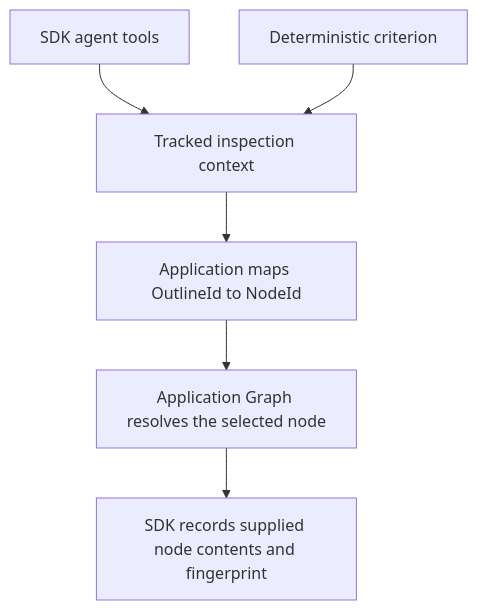
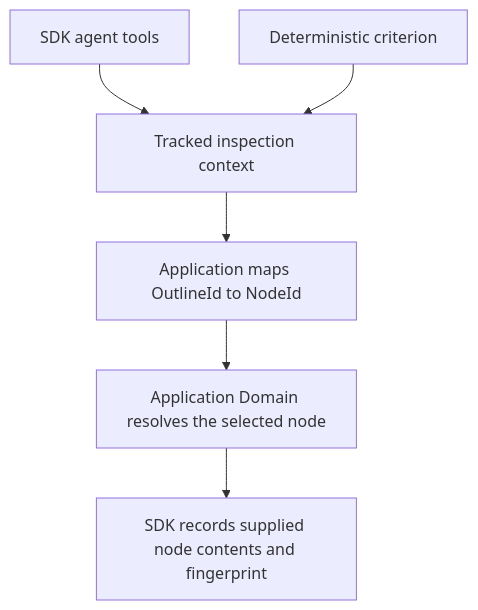
One commit to nikomatsakis/habeas-codicem changed the second of 2 diagrams in md/requirements/sdk/sources.md. Above: the diagram before and after it, drawn with Mermaid. The commit also changed other lines of this file and 11 other files, not shown here.

First line of the commit message:
Consolidate application data contracts into Domain

````diff
--- a/md/requirements/sdk/sources.md
+++ b/md/requirements/sdk/sources.md
@@ -310,8 +310,8 @@
 ```mermaid
 flowchart TD
     Agent["SDK agent tools"] --> Context["Tracked inspection context"]
     Code["Deterministic criterion"] --> Context
     Context --> Mapping["Application maps OutlineId to NodeId"]
-    Mapping --> Graph["Application Graph resolves the selected node"]
+    Mapping --> Graph["Application Domain resolves the selected node"]
     Graph --> Trace["SDK records supplied node contents and fingerprint"]
 ```
````
